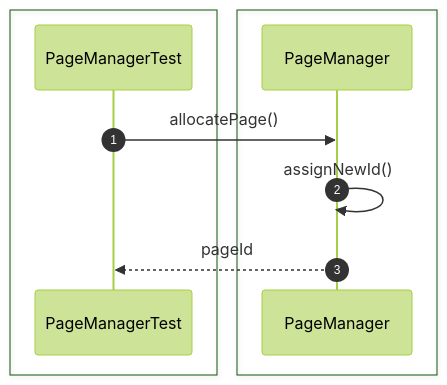
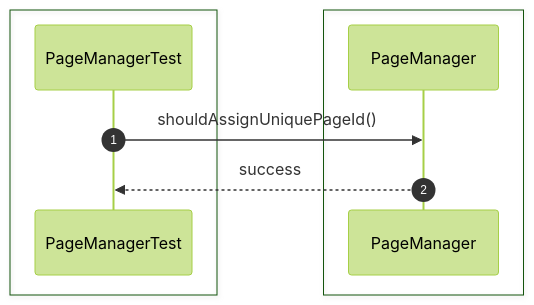
One commit to Huy1801214/dbms-architecture changed diagram 16 of 44 in src/sequence/storage-engine.md. Above: the diagram before and after it, drawn with Mermaid (forest theme). The commit also changed other lines of this file and 68 other files, not shown here.

Commit message:
implement comprehensive unit test suite and architectural sequence documentation

````diff
--- a/src/sequence/storage-engine.md
+++ b/src/sequence/storage-engine.md
@@ -276,15 +233,13 @@
 ```mermaid
 sequenceDiagram
     autonumber
-
     box #e1f5fe Test Suite
     participant Test as PageManagerTest
     end
-    box #e0f2f1 Storage Components
-    participant PageManager as PageManager
+    box #e0f2f1 PageManager Component
+    participant PM as PageManager
     end
 
-    Test->>PageManager: allocatePage()
-    PageManager->>PageManager: assignNewId()
-    PageManager-->>Test: pageId
+    Test->>PM: shouldAssignUniquePageId()
+    PM-->>Test: success
 ```
````
